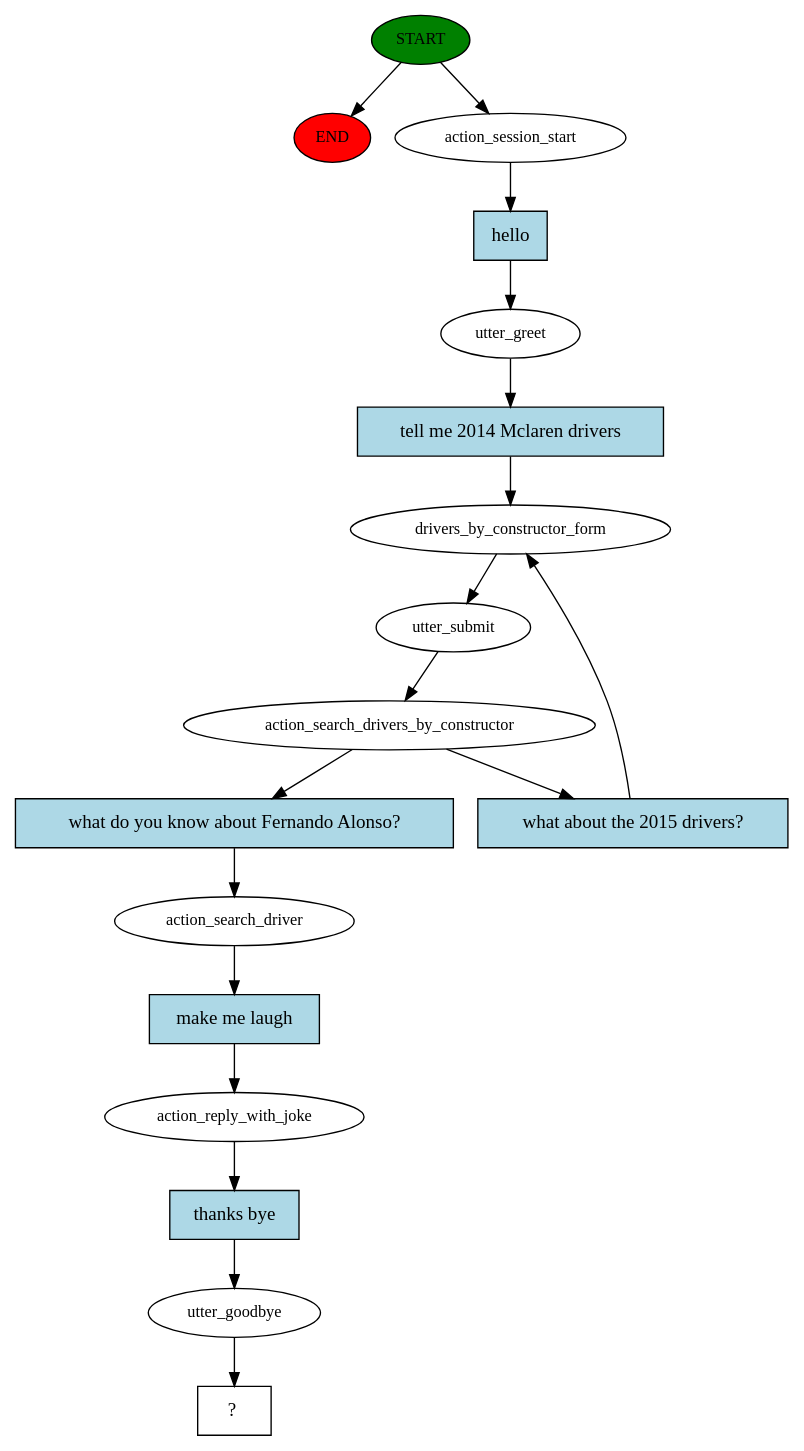
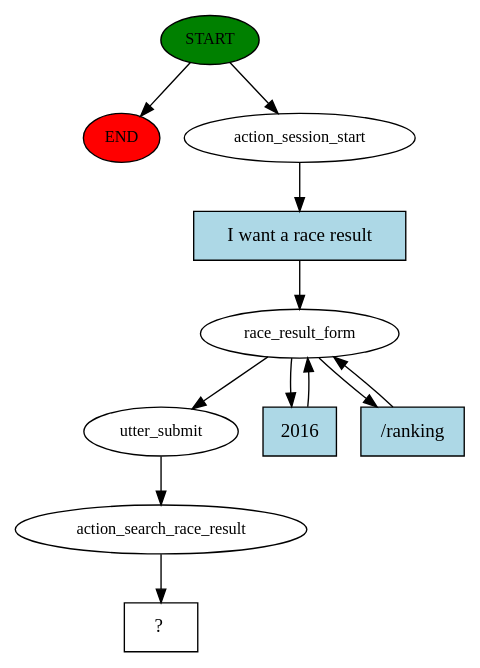
One commit to sebastianochiari/LUS-final-project changed the diagram in story_graph.dot. Above: the diagram before and after it, drawn with Graphviz. The commit also changed 116 other files, not shown here.

```diff
--- a/story_graph.dot
+++ b/story_graph.dot
@@ -1,36 +1,23 @@
 digraph  {
 0 [class="start active", fillcolor=green, fontsize=12, label=START, style=filled];
 "-1" [class=end, fillcolor=red, fontsize=12, label=END, style=filled];
 1 [class=active, fontsize=12, label=action_session_start];
-2 [class=active, fontsize=12, label=utter_greet];
-3 [class=active, fontsize=12, label=drivers_by_constructor_form];
-4 [class=active, fontsize=12, label=utter_submit];
-5 [class=active, fontsize=12, label=action_search_drivers_by_constructor];
-9 [class=active, fontsize=12, label=action_search_driver];
-10 [class=active, fontsize=12, label=action_reply_with_joke];
-11 [class=active, fontsize=12, label=utter_goodbye];
-12 [class="intent dashed active", label="  ?  ", shape=rect];
-13 [class="intent active", fillcolor=lightblue, label=hello, shape=rect, style=filled];
-14 [class="intent active", fillcolor=lightblue, label="tell me 2014 Mclaren drivers", shape=rect, style=filled];
-15 [class="intent active", fillcolor=lightblue, label="what about the 2015 drivers?", shape=rect, style=filled];
-16 [class="intent active", fillcolor=lightblue, label="what do you know about Fernando Alonso?", shape=rect, style=filled];
-17 [class="intent active", fillcolor=lightblue, label="make me laugh", shape=rect, style=filled];
-18 [class="intent active", fillcolor=lightblue, label="thanks bye", shape=rect, style=filled];
+2 [class=active, fontsize=12, label=race_result_form];
+6 [class=active, fontsize=12, label=utter_submit];
+7 [class=active, fontsize=12, label=action_search_race_result];
+8 [class="intent dashed active", label="  ?  ", shape=rect];
+9 [class="intent active", fillcolor=lightblue, label="I want a race result", shape=rect, style=filled];
+10 [class="intent active", fillcolor=lightblue, label=2016, shape=rect, style=filled];
+11 [class="intent active", fillcolor=lightblue, label="/ranking", shape=rect, style=filled];
 0 -> "-1"  [class="", key=NONE, label=""];
 0 -> 1  [class=active, key=NONE, label=""];
-1 -> 13  [class=active, key=0];
-2 -> 14  [class=active, key=0];
-3 -> 4  [class=active, key=NONE, label=""];
-4 -> 5  [class=active, key=NONE, label=""];
-5 -> 15  [class=active, key=0];
-5 -> 16  [class=active, key=0];
-9 -> 17  [class=active, key=0];
-10 -> 18  [class=active, key=0];
-11 -> 12  [class=active, key=NONE, label=""];
-13 -> 2  [class=active, key=0];
-14 -> 3  [class=active, key=0];
-15 -> 3  [class=active, key=0];
-16 -> 9  [class=active, key=0];
-17 -> 10  [class=active, key=0];
-18 -> 11  [class=active, key=0];
+1 -> 9  [class=active, key=0];
+2 -> 6  [class=active, key=NONE, label=""];
+2 -> 10  [class=active, key=0];
+2 -> 11  [class=active, key=0];
+6 -> 7  [class=active, key=NONE, label=""];
+7 -> 8  [class=active, key=NONE, label=""];
+9 -> 2  [class=active, key=0];
+10 -> 2  [class=active, key=0];
+11 -> 2  [class=active, key=0];
 }
```
